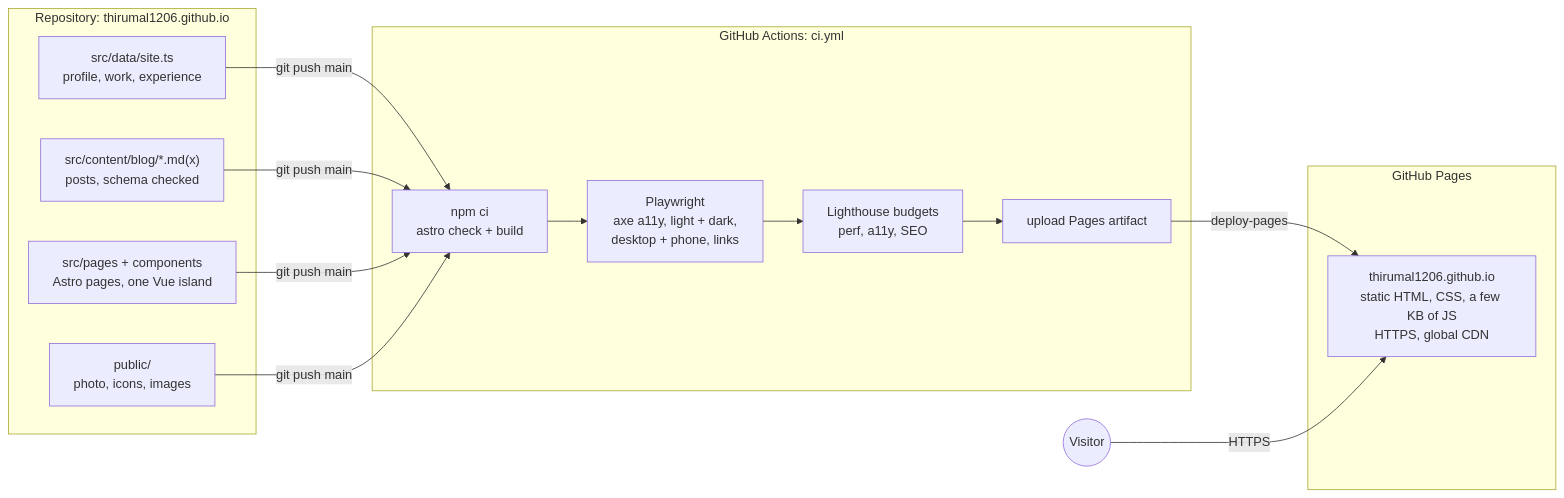
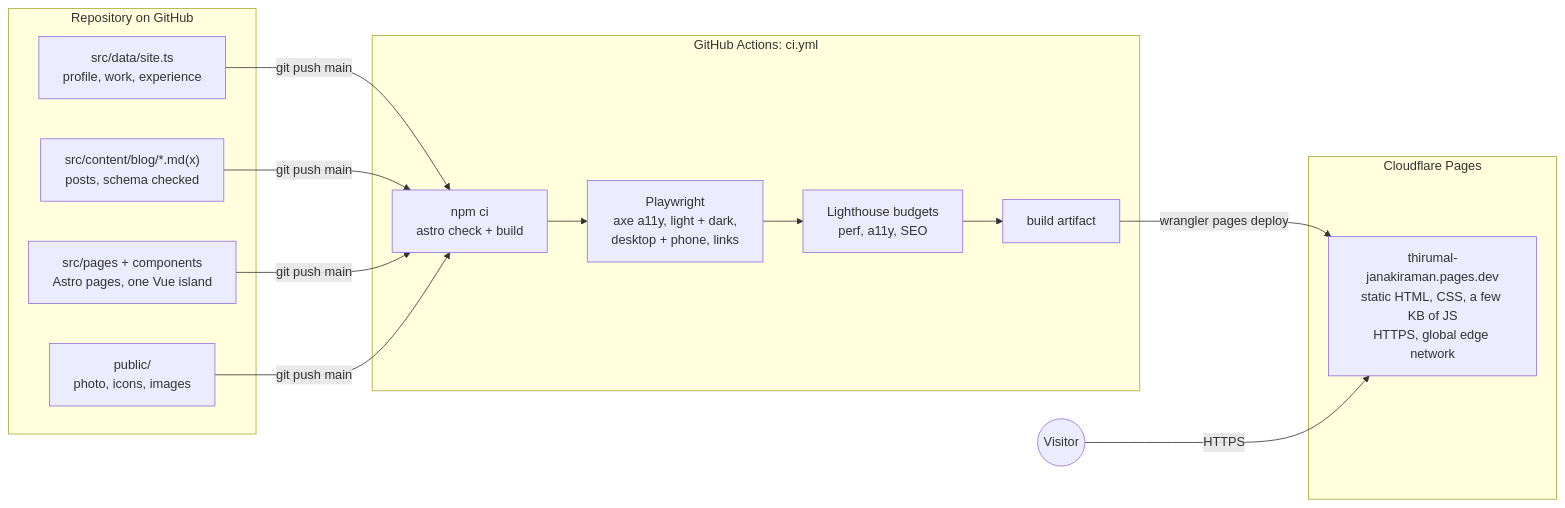
One commit to thirumal1206/thirumal-janakiraman changed the diagram in ARCHITECTURE.md. Above: the diagram before and after it, drawn with Mermaid. The commit also changed other lines of this file and 4 other files, not shown here.

Commit message:
Deploy to Cloudflare Pages and make Lighthouse performance a warning

````diff
--- a/ARCHITECTURE.md
+++ b/ARCHITECTURE.md
@@ -7,25 +7,25 @@
 ```mermaid
 flowchart LR
-  subgraph Source["Repository: thirumal1206.github.io"]
+  subgraph Source["Repository on GitHub"]
     D["src/data/site.ts<br/>profile, work, experience"]
     P["src/content/blog/*.md(x)<br/>posts, schema checked"]
     C["src/pages + components<br/>Astro pages, one Vue island"]
     S["public/<br/>photo, icons, images"]
   end
 
   subgraph CI["GitHub Actions: ci.yml"]
     B["npm ci<br/>astro check + build"]
     T["Playwright<br/>axe a11y, light + dark,<br/>desktop + phone, links"]
     L["Lighthouse budgets<br/>perf, a11y, SEO"]
-    A["upload Pages artifact"]
+    A["build artifact"]
   end
 
-  subgraph Host["GitHub Pages"]
-    G["thirumal1206.github.io<br/>static HTML, CSS, a few KB of JS<br/>HTTPS, global CDN"]
+  subgraph Host["Cloudflare Pages"]
+    G["thirumal-janakiraman.pages.dev<br/>static HTML, CSS, a few KB of JS<br/>HTTPS, global edge network"]
   end
 
   V(("Visitor"))
 
-  D & P & C & S -->|git push main| B --> T --> L --> A -->|deploy-pages| G
+  D & P & C & S -->|git push main| B --> T --> L --> A -->|wrangler pages deploy| G
   V -->|HTTPS| G
 ```
````
